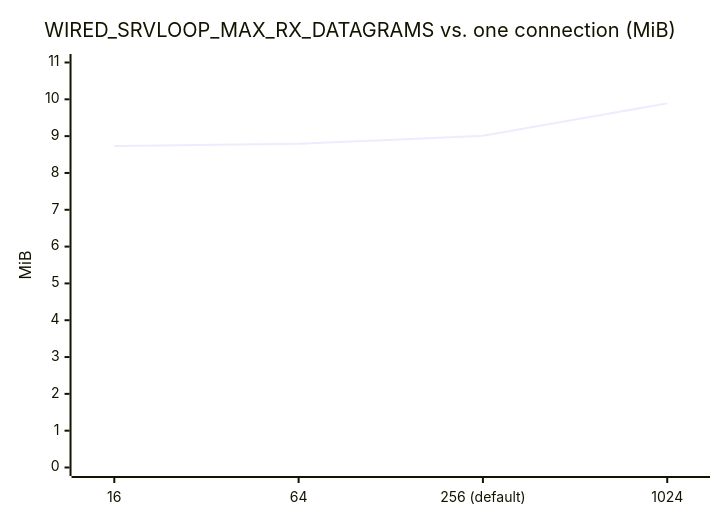
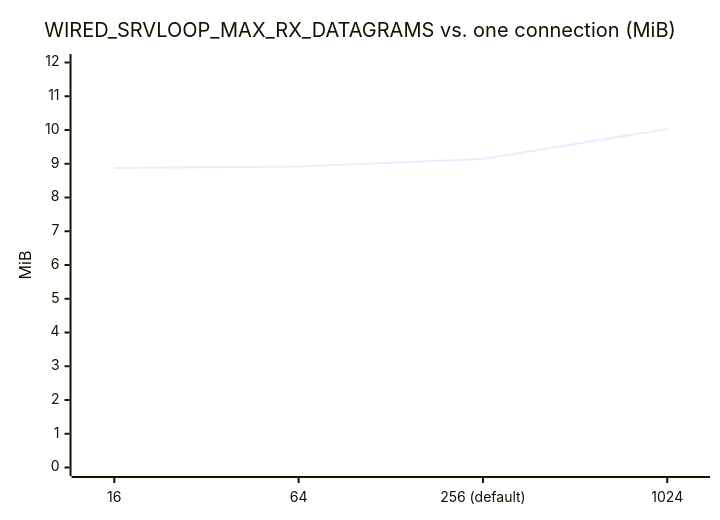
The eighth of 9 diagrams in docs/architecture/memory.md (Hakkadaikon/wired), drawn with Mermaid before and after one commit. The commit also changed other lines of this file and 5 other files, not shown here.

````diff
--- a/docs/architecture/memory.md
+++ b/docs/architecture/memory.md
@@ -138,7 +138,7 @@
 ```mermaid
 xychart-beta
     title "WIRED_SRVLOOP_MAX_RX_DATAGRAMS vs. one connection (MiB)"
     x-axis ["16", "64", "256 (default)", "1024"]
-    y-axis "MiB" 0 --> 11
-    line [8.73, 8.79, 9.01, 9.89]
+    y-axis "MiB" 0 --> 12
+    line [8.87, 8.92, 9.14, 10.03]
 ```
````
